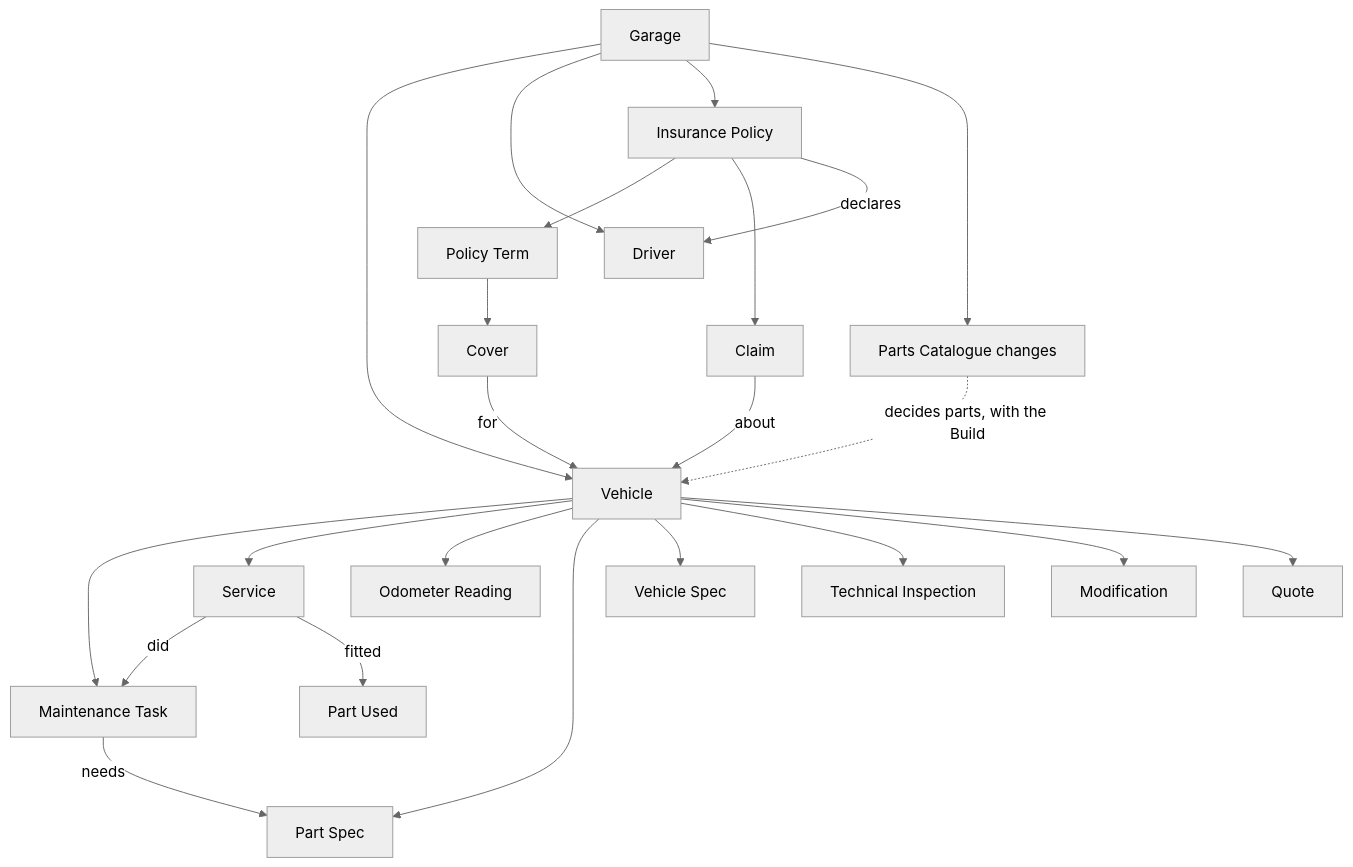
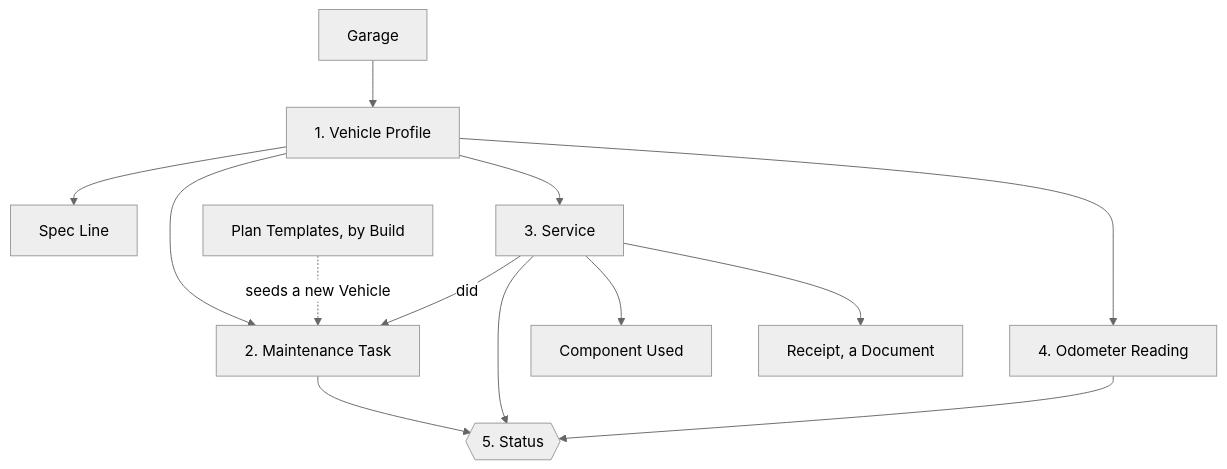
The first of 3 diagrams in docs/data-model.md (tmy-code/tmy_garage), drawn with Mermaid (neutral theme) before and after one commit. The commit also changed other lines of this file and 36 other files, not shown here.

First line of the commit message:
Rework the app onto five parts: profile, plan, history, mileage, status

````diff
--- a/docs/data-model.md
+++ b/docs/data-model.md
@@ -16,29 +17,17 @@
 ```mermaid
 flowchart TD
-  Garage --> Vehicle
-  Garage --> Driver
-  Garage --> Policy[Insurance Policy]
-  Garage --> Catalogue[Parts Catalogue changes]
+  Garage --> Vehicle[1. Vehicle Profile]
+  Vehicle --> Spec[Spec Line]
+  Vehicle --> Task[2. Maintenance Task]
+  Vehicle --> Service[3. Service]
+  Vehicle --> Reading[4. Odometer Reading]
 
-  Catalogue -. decides parts, with the Build .-> Vehicle
+  Template[Plan Templates, by Build] -. seeds a new Vehicle .-> Task
+  Service -- did --> Task
+  Service --> Item[Component Used]
+  Service --> Receipt[Receipt, a Document]
 
-  Vehicle --> Task[Maintenance Task]
-  Vehicle --> Service
-  Vehicle --> Reading[Odometer Reading]
-  Vehicle --> PartSpec[Part Spec]
-  Vehicle --> VSpec[Vehicle Spec]
-  Vehicle --> Inspection[Technical Inspection]
-  Vehicle --> Modification
-  Vehicle --> Quote
-
-  Service -- did --> Task
-  Service -- fitted --> PartUsed[Part Used]
-  Task -- needs --> PartSpec
-
-  Policy --> Term[Policy Term]
-  Term --> Cover
-  Cover -- for --> Vehicle
-  Policy --> Claim
-  Claim -- about --> Vehicle
-  Policy -- declares --> Driver
+  Task --> Status{{5. Status}}
+  Service --> Status
+  Reading --> Status
 ```
````
